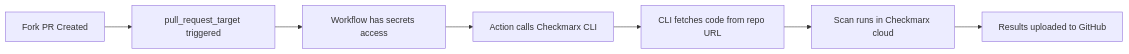
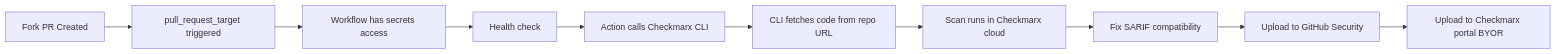
One commit to midnightntwrk/upload-sarif-github-action changed the diagram in checkmarx-scan-public/README.md. Above: the diagram before and after it, drawn with Mermaid. The commit also changed other lines of this file and 2 other files, not shown here.

First line of the commit message:
feat: add BYOR upload to checkmarx-scan-public action

````diff
--- a/checkmarx-scan-public/README.md
+++ b/checkmarx-scan-public/README.md
@@ -91,9 +101,12 @@
 ```mermaid
 graph LR
     A[Fork PR Created] --> B[pull_request_target triggered]
     B --> C[Workflow has secrets access]
-    C --> D[Action calls Checkmarx CLI]
-    D --> E[CLI fetches code from repo URL]
-    E --> F[Scan runs in Checkmarx cloud]
-    F --> G[Results uploaded to GitHub]
+    C --> D[Health check]
+    D --> E[Action calls Checkmarx CLI]
+    E --> F[CLI fetches code from repo URL]
+    F --> G[Scan runs in Checkmarx cloud]
+    G --> H[Fix SARIF compatibility]
+    H --> I[Upload to GitHub Security]
+    I --> J[Upload to Checkmarx portal BYOR]
 ```
````
